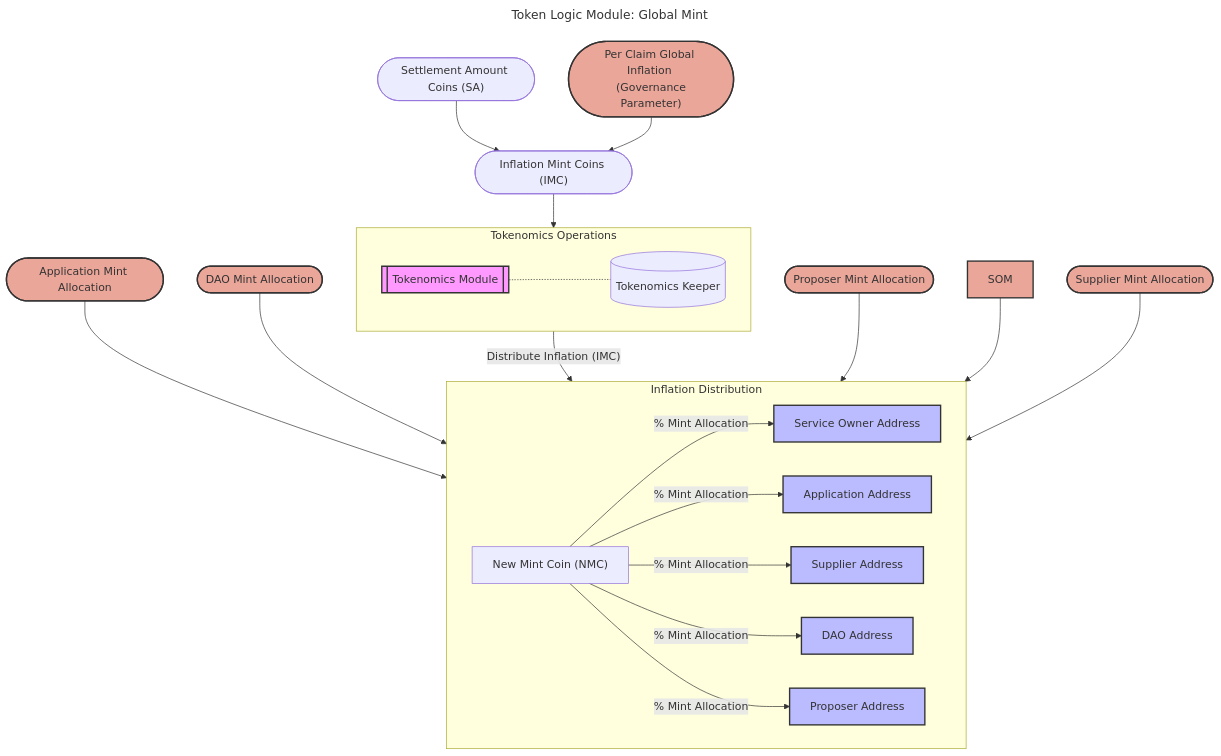
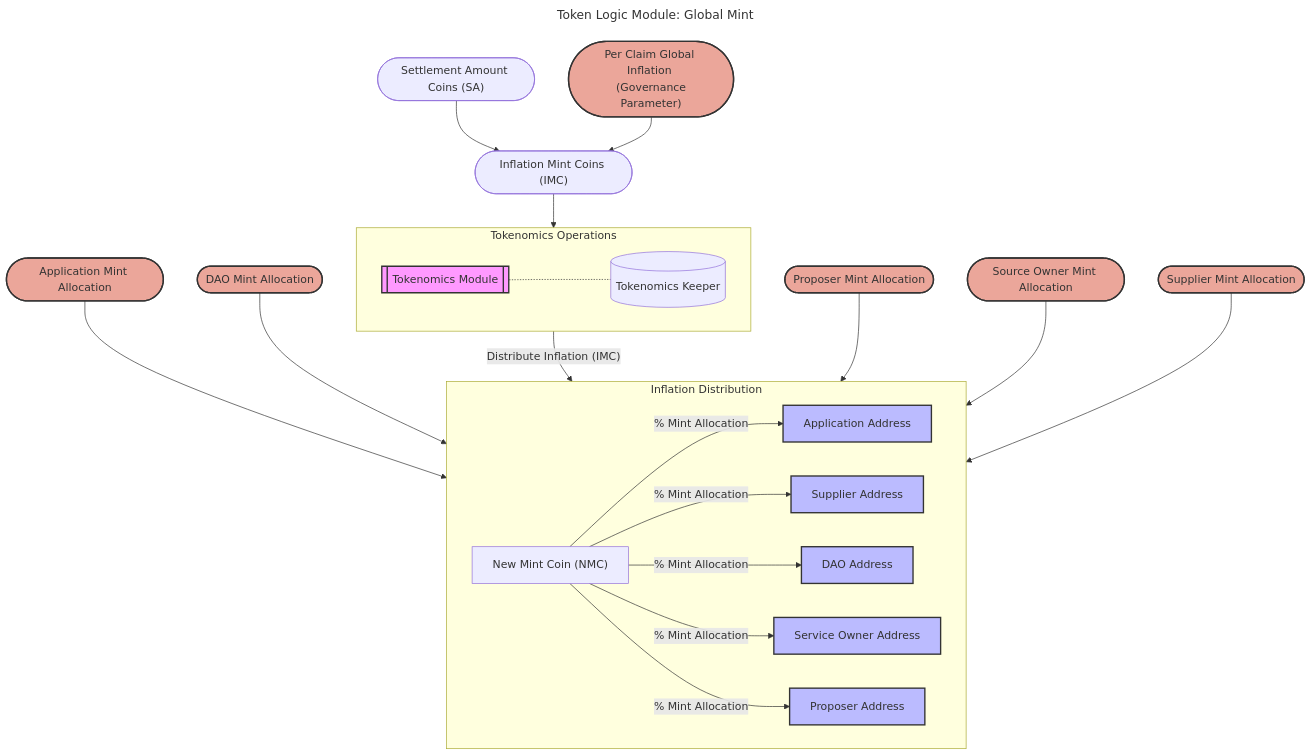
Before and after one commit to pokt-network/poktroll: the third of 4 diagrams in docusaurus/docs/protocol/tokenomics/token_logic_modules.md, drawn with Mermaid.

````diff
--- a/docusaurus/docs/protocol/tokenomics/token_logic_modules.md
+++ b/docusaurus/docs/protocol/tokenomics/token_logic_modules.md
@@ -178,59 +178,59 @@
 ```mermaid
 ---
 title: "Token Logic Module: Global Mint"
 ---
 flowchart TD
     SC(["Settlement Amount Coins (SA)"])
     PCI(["Per Claim Global Inflation <br> (Governance Parameter)"])
     IMC(["Inflation Mint Coins (IMC)"])
 
     DA(["DAO Mint Allocation"])
     PA(["Proposer Mint Allocation"])
     SA(["Supplier Mint Allocation"])
-    SOA(["Source Owner Mint Allocation"])
+    SOM(["Source Owner Mint Allocation"])
     AA(["Application Mint Allocation"])
 
 
     SC --> IMC
     PCI --> IMC
     IMC --> TO
 
     subgraph TO[Tokenomics Operations]
         TM[[Tokenomics Module]]
         TK[(Tokenomics Keeper)]
         TM -..- TK
     end
 
 
     AA --> ID
     DA --> ID
     TO --Distribute Inflation (IMC)--> ID
     PA --> ID
     SOM --> ID
     SA --> ID
 
     subgraph ID[Inflation Distribution]
         NMC["New Mint Coin (NMC)"]
         APPA["Application Address"]
         SPPA["Supplier Address"]
         DAOA["DAO Address"]
         SOA["Service Owner Address"]
         PRA["Proposer Address"]
 
         NMC -->|% Mint Allocation| APPA
         NMC -->|% Mint Allocation| SPPA
         NMC -->|% Mint Allocation| DAOA
         NMC -->|% Mint Allocation| SOA
         NMC -->|% Mint Allocation| PRA
     end
 
     classDef module fill:#f9f,stroke:#333,stroke-width:2px;
     classDef address fill:#bbf,stroke:#333,stroke-width:2px;
     classDef question fill:#e3db6d,stroke:#333,stroke-width:2px;
     classDef govparam fill:#eba69a,stroke:#333,stroke-width:2px;
     classDef event fill:#e8b761,stroke:#333,stroke-width:2px;
 
     class TM module;
     class PCI,DA,PA,SA,SOM,AA govparam;
     class APPA,SPPA,DAOA,SOA,PRA address;
 ```
````
